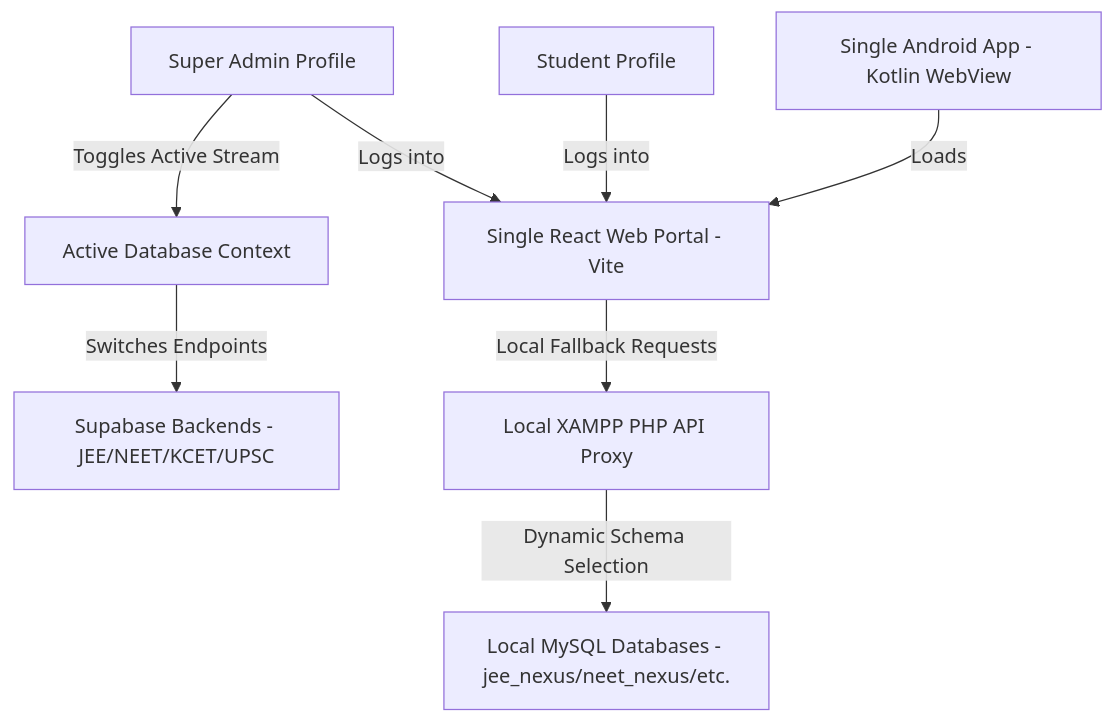
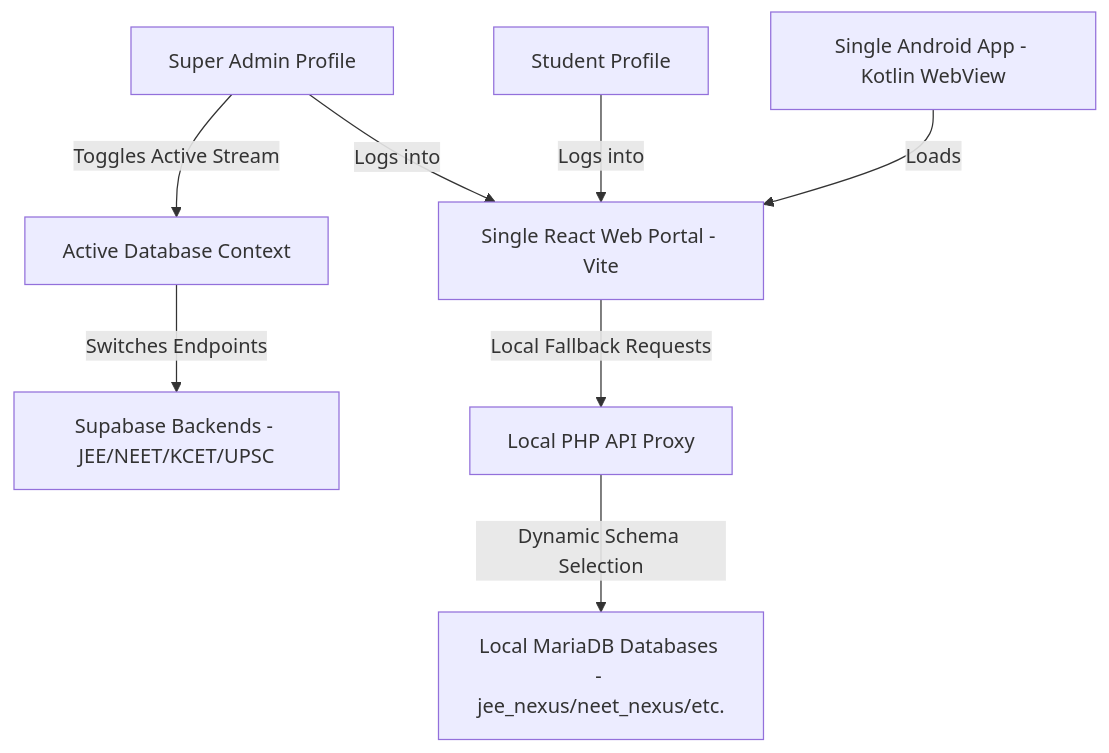
Before and after one commit to Satyamurthi/JEE-Lakshya: the diagram in brain/PROJECT_BRAIN.md, drawn with Mermaid. The commit also changed other lines of this file and 6 other files, not shown here.

Commit message:
Configure local server database migration and API backend

````diff
--- a/brain/PROJECT_BRAIN.md
+++ b/brain/PROJECT_BRAIN.md
@@ -15,10 +15,10 @@
 ```mermaid
 graph TD
     A[Single Android App - Kotlin WebView] -->|Loads | B[Single React Web Portal - Vite]
     C[Student Profile] -->|Logs into| B
     D[Super Admin Profile] -->|Logs into| B
     D -->|Toggles Active Stream| E[Active Database Context]
     E -->|Switches Endpoints| F[Supabase Backends - JEE/NEET/KCET/UPSC]
-    B -->|Local Fallback Requests| G[Local XAMPP PHP API Proxy]
-    G -->|Dynamic Schema Selection| H[Local MySQL Databases - jee_nexus/neet_nexus/etc.]
+    B -->|Local Fallback Requests| G[Local PHP API Proxy]
+    G -->|Dynamic Schema Selection| H[Local MariaDB Databases - jee_nexus/neet_nexus/etc.]
 ```
````
